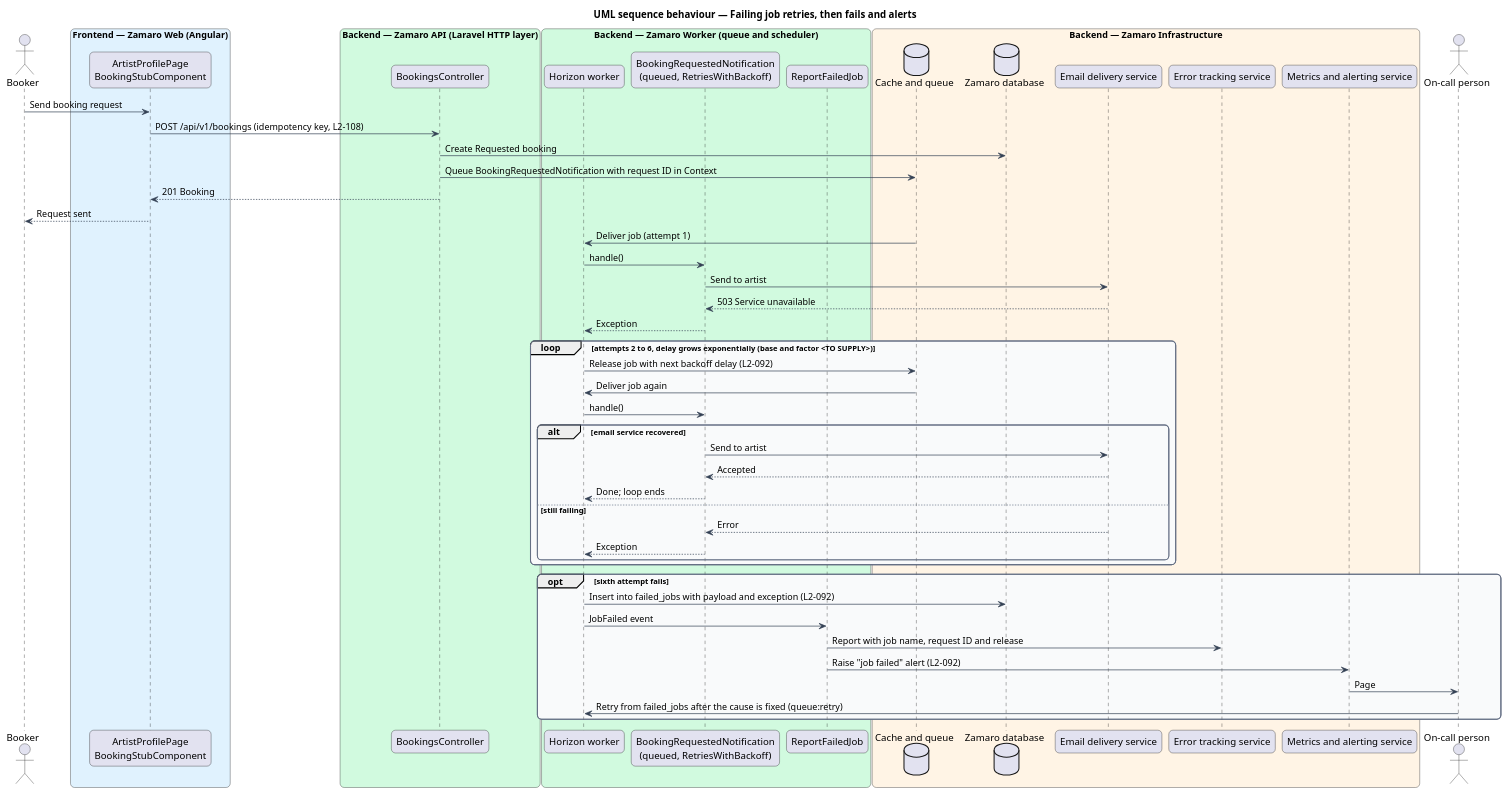
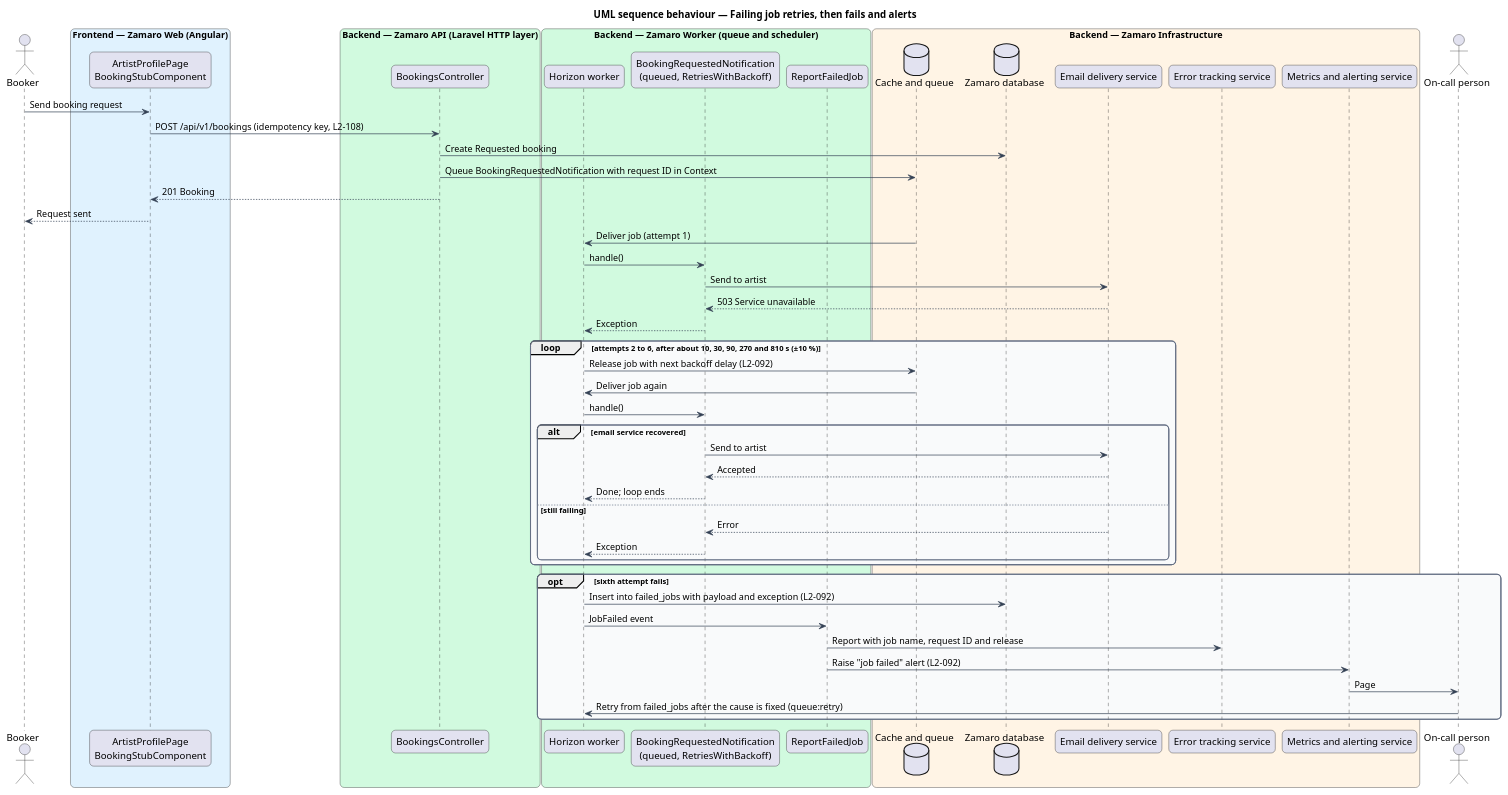
The diagram in docs/detailed-designs/operations/run-background-jobs/diagrams/sequence-job-failure.puml (QuinntyneBrown/zamaro), drawn with PlantUML before and after one commit. The commit also changed 11 other files, not shown here.

```diff
--- a/docs/detailed-designs/operations/run-background-jobs/diagrams/sequence-job-failure.puml
+++ b/docs/detailed-designs/operations/run-background-jobs/diagrams/sequence-job-failure.puml
@@ -1,70 +1,70 @@
 @startuml
 title UML sequence behaviour — Failing job retries, then fails and alerts
 skinparam backgroundColor #FFFFFF
 skinparam shadowing false
 skinparam roundcorner 12
 skinparam defaultFontName Arial
 skinparam ArrowColor #344054
 skinparam rectangle {
   BorderColor #344054
   FontColor #101828
 }
 skinparam package {
   BorderColor #667085
   FontColor #101828
   BackgroundColor #F9FAFB
 }
 actor "Booker" as actor
 box "Frontend — Zamaro Web (Angular)" #E0F2FE
   participant "ArtistProfilePage\nBookingStubComponent" as page
 end box
 box "Backend — Zamaro API (Laravel HTTP layer)" #D1FADF
   participant "BookingsController" as controller
 end box
 box "Backend — Zamaro Worker (queue and scheduler)" #D1FADF
   participant "Horizon worker" as worker
   participant "BookingRequestedNotification\n(queued, RetriesWithBackoff)" as job
   participant "ReportFailedJob" as listener
 end box
 box "Backend — Zamaro Infrastructure" #FFF4E5
   database "Cache and queue" as redis
   database "Zamaro database" as db
   participant "Email delivery service" as email
   participant "Error tracking service" as errors
   participant "Metrics and alerting service" as metrics
 end box
 actor "On-call person" as oncall
 
 actor -> page : Send booking request
 page -> controller : POST /api/v1/bookings (idempotency key, L2-108)
 controller -> db : Create Requested booking
 controller -> redis : Queue BookingRequestedNotification with request ID in Context
 controller --> page : 201 Booking
 page --> actor : Request sent
 redis -> worker : Deliver job (attempt 1)
 worker -> job : handle()
 job -> email : Send to artist
 email --> job : 503 Service unavailable
 job --> worker : Exception
-loop attempts 2 to 6, delay grows exponentially (base and factor <TO SUPPLY>)
+loop attempts 2 to 6, after about 10, 30, 90, 270 and 810 s (±10 %)
   worker -> redis : Release job with next backoff delay (L2-092)
   redis -> worker : Deliver job again
   worker -> job : handle()
   alt email service recovered
     job -> email : Send to artist
     email --> job : Accepted
     job --> worker : Done; loop ends
   else still failing
     email --> job : Error
     job --> worker : Exception
   end
 end
 opt sixth attempt fails
   worker -> db : Insert into failed_jobs with payload and exception (L2-092)
   worker -> listener : JobFailed event
   listener -> errors : Report with job name, request ID and release
   listener -> metrics : Raise "job failed" alert (L2-092)
   metrics -> oncall : Page
   oncall -> worker : Retry from failed_jobs after the cause is fixed (queue:retry)
 end
 @enduml
```
